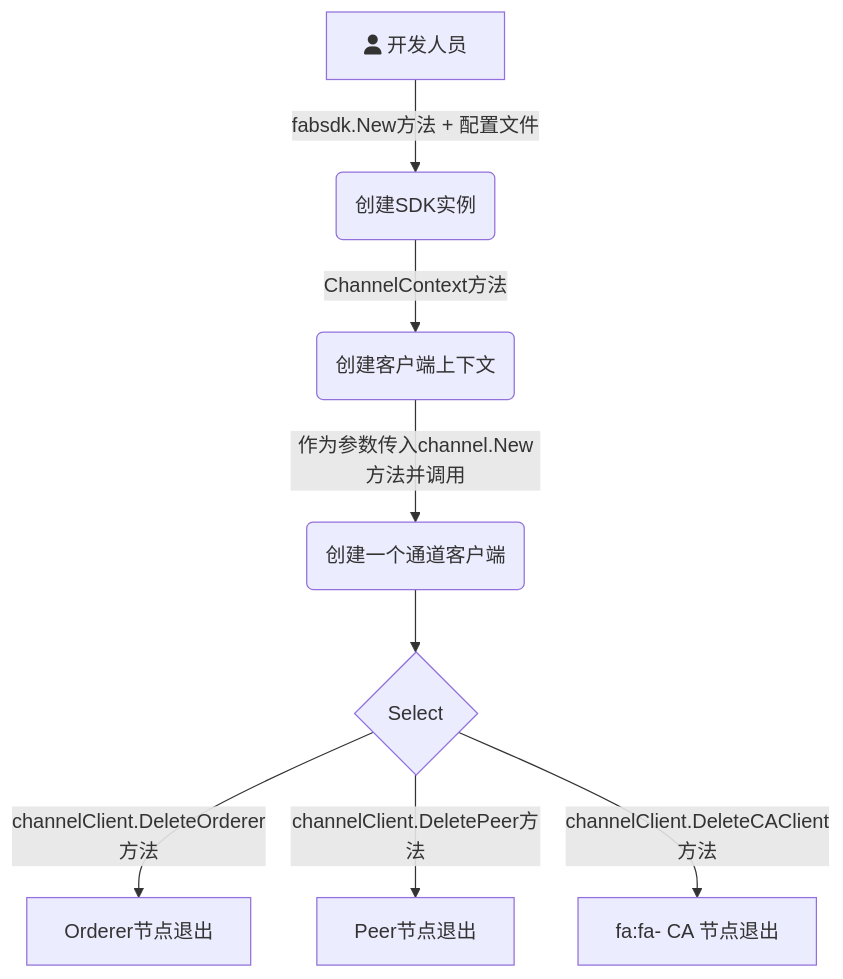
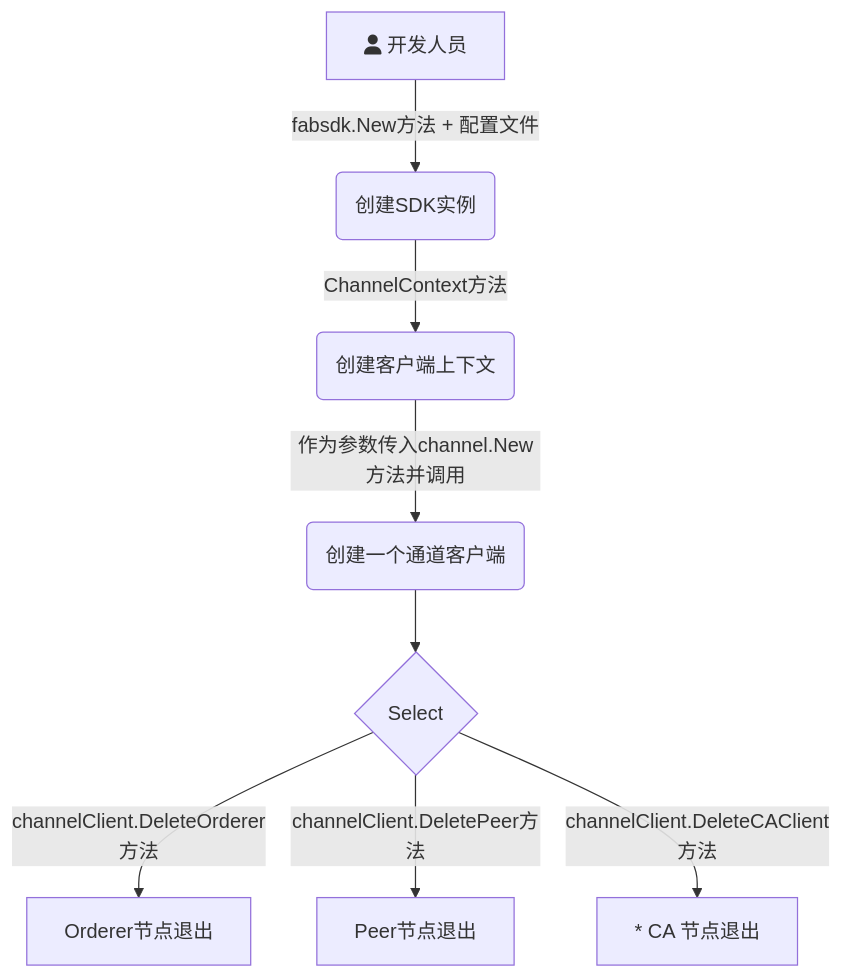
One commit to Utekichan/iodraw-files changed the diagram in all/未命名.md. Above: the diagram before and after it, drawn with Mermaid.

Commit message:
2024-03-30 22:26:08 update

````diff
--- a/all/未命名.md
+++ b/all/未命名.md
@@ -1,11 +1,11 @@
 ```mermaid
 graph TD
     A[fa:fa-user 开发人员] -->|fabsdk.New方法 + 配置文件| B(创建SDK实例)
     B-->|ChannelContext方法| C(创建客户端上下文)
     C-->|作为参数传入channel.New方法并调用| D(创建一个通道客户端)
     D --> E{Select}
     E -->|channelClient.DeleteOrderer方法| F[Orderer节点退出]
     E -->|channelClient.DeletePeer方法| G[Peer节点退出]
-    E -->|channelClient.DeleteCAClient方法| H[fa:fa- CA 节点退出]
+    E -->|channelClient.DeleteCAClient方法| H[* CA 节点退出]
   
 ```
````
